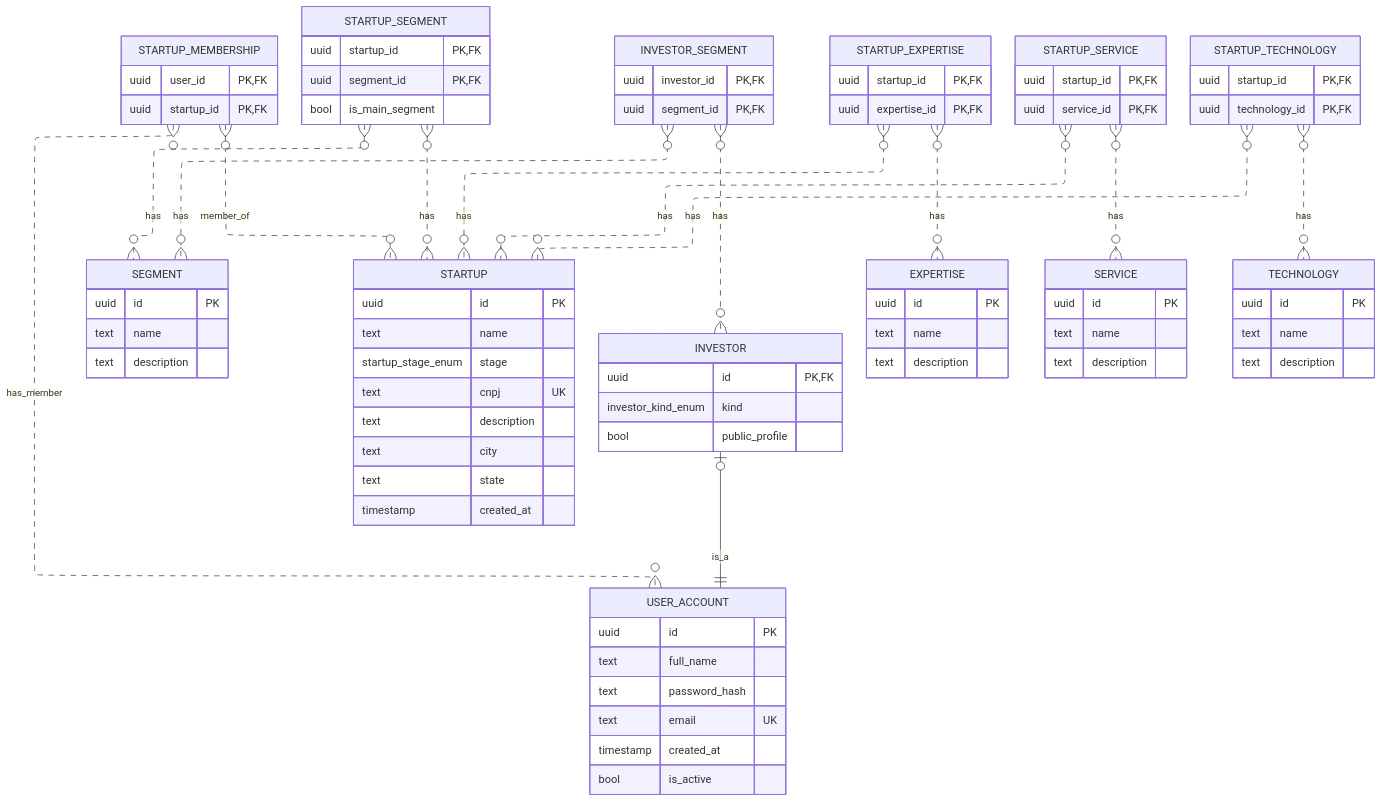
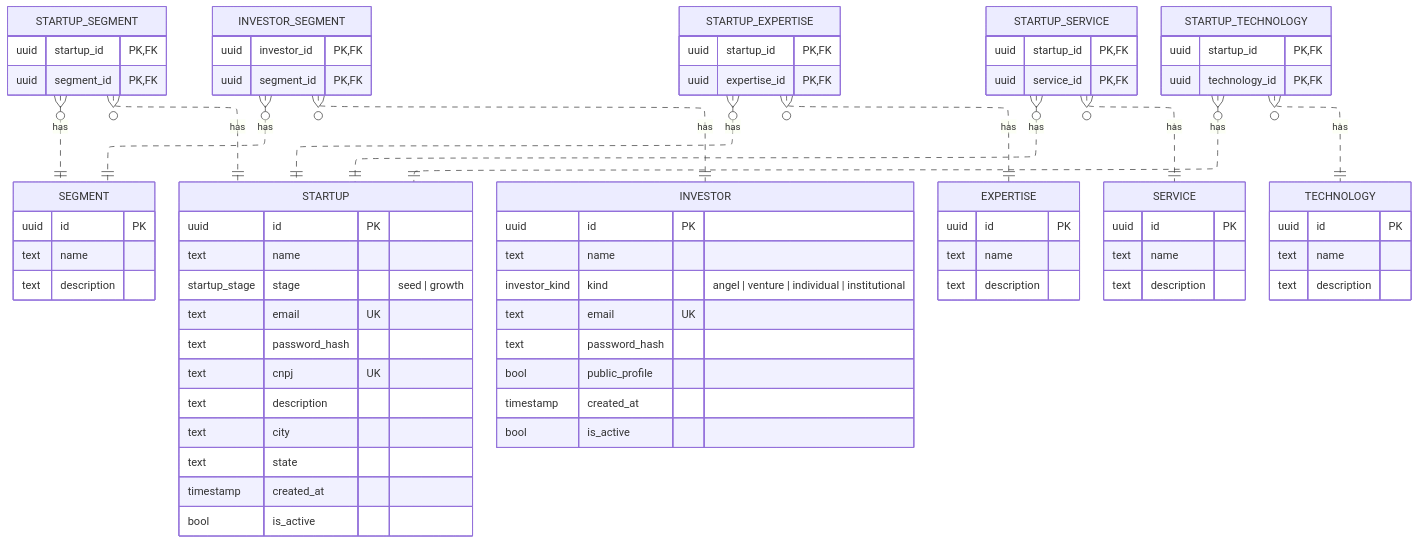
The diagram in backend/README.md (gislanysa/RecinTech), drawn with Mermaid before and after one commit.

Commit message:
docs(readme): update ERM diagram

```diff
--- a/backend/README.md
+++ b/backend/README.md
@@ -6,15 +6,6 @@
   layout: elk
 ---
 erDiagram
-  USER_ACCOUNT {
-    uuid id PK
-    text full_name
-    text password_hash
-    text email UK
-    timestamp created_at
-    bool is_active
-  }
-
   SEGMENT {
     uuid id PK
     text name
@@ -24,38 +15,37 @@
   STARTUP {
     uuid id PK
     text name
-    startup_stage_enum stage
+    startup_stage stage "seed | growth"
+    text email UK
+    text password_hash
     text cnpj UK
     text description
     text city
     text state
     timestamp created_at
+    bool is_active
   }
 
-  STARTUP_MEMBERSHIP }o..o{ USER_ACCOUNT : has_member
-  STARTUP_MEMBERSHIP }o..o{ STARTUP : member_of
-  STARTUP_MEMBERSHIP {
-    uuid user_id PK, FK
-    uuid startup_id PK, FK
+  INVESTOR {
+    uuid id PK
+    text name
+    investor_kind kind "angel | venture | individual | institutional"
+    text email UK
+    text password_hash
+    bool public_profile
+    timestamp created_at
+    bool is_active
   }
 
-  INVESTOR |o--|| USER_ACCOUNT : is_a
-  INVESTOR {
-    uuid id PK, FK
-    investor_kind_enum kind
-    bool public_profile
-  }
-
-  STARTUP_SEGMENT }o..o{ STARTUP : has
-  STARTUP_SEGMENT }o..o{ SEGMENT : has
+  STARTUP_SEGMENT }o..|| STARTUP : has
+  STARTUP_SEGMENT }o..|| SEGMENT : has
   STARTUP_SEGMENT {
     uuid startup_id PK, FK
     uuid segment_id PK, FK
-    bool is_main_segment
   }
 
-  INVESTOR_SEGMENT }o..o{ INVESTOR : has
-  INVESTOR_SEGMENT }o..o{ SEGMENT : has
+  INVESTOR_SEGMENT }o..|| INVESTOR : has
+  INVESTOR_SEGMENT }o..|| SEGMENT : has
   INVESTOR_SEGMENT {
     uuid investor_id PK, FK
     uuid segment_id PK, FK
@@ -67,8 +57,8 @@
     text description
   }
 
-  STARTUP_EXPERTISE }o..o{ STARTUP : has
-  STARTUP_EXPERTISE }o..o{ EXPERTISE : has
+  STARTUP_EXPERTISE }o..|| STARTUP : has
+  STARTUP_EXPERTISE }o..|| EXPERTISE : has
   STARTUP_EXPERTISE {
     uuid startup_id PK, FK
     uuid expertise_id PK, FK
@@ -80,8 +70,8 @@
     text description
   }
 
-  STARTUP_SERVICE }o..o{ STARTUP : has
-  STARTUP_SERVICE }o..o{ SERVICE : has
+  STARTUP_SERVICE }o..|| STARTUP : has
+  STARTUP_SERVICE }o..|| SERVICE : has
   STARTUP_SERVICE {
     uuid startup_id PK, FK
     uuid service_id PK, FK
@@ -93,8 +83,8 @@
     text description
   }
 
-  STARTUP_TECHNOLOGY }o..o{ STARTUP : has
-  STARTUP_TECHNOLOGY }o..o{ TECHNOLOGY : has
+  STARTUP_TECHNOLOGY }o..|| STARTUP : has
+  STARTUP_TECHNOLOGY }o..|| TECHNOLOGY : has
   STARTUP_TECHNOLOGY {
     uuid startup_id PK, FK
     uuid technology_id PK, FK
```
